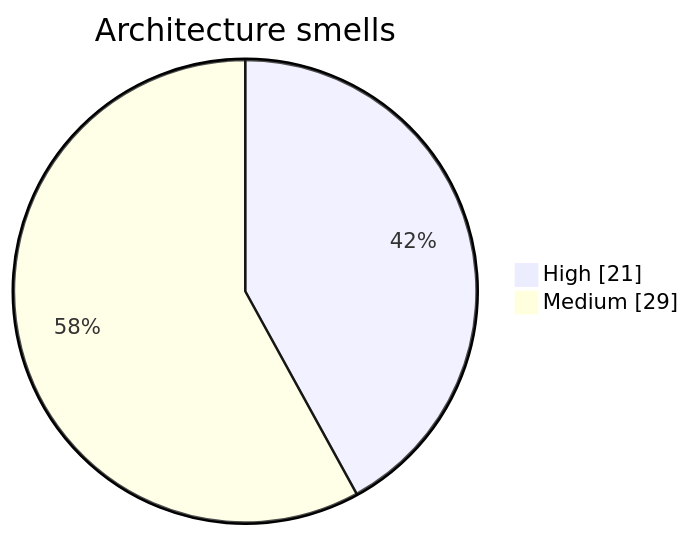
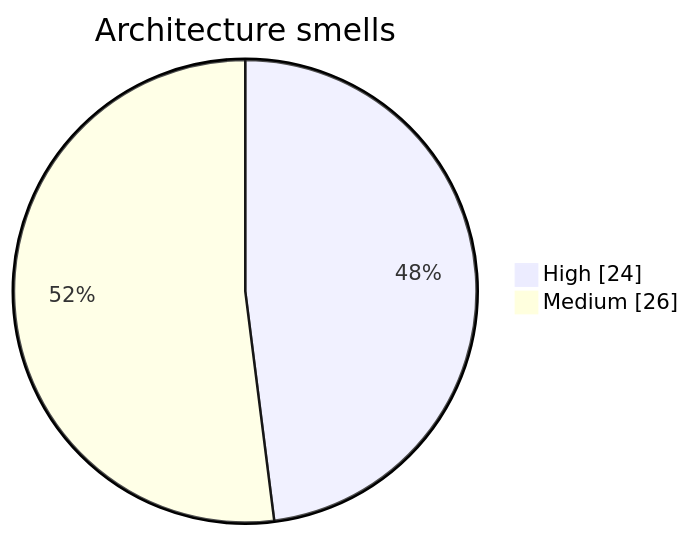
Before and after one commit to wolframs/jspace-probes: the diagram in .mentis/context/smells.md, drawn with Mermaid. The commit also changed other lines of this file and 62 other files, not shown here.

````diff
--- a/.mentis/context/smells.md
+++ b/.mentis/context/smells.md
@@ -7,5 +7,5 @@
 ```mermaid
 pie showData title Architecture smells
-    "High" : 21
-    "Medium" : 29
+    "High" : 24
+    "Medium" : 26
 ```
````
